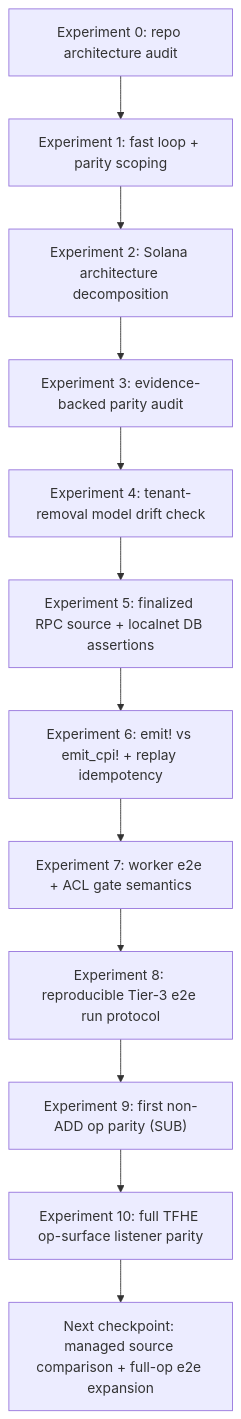
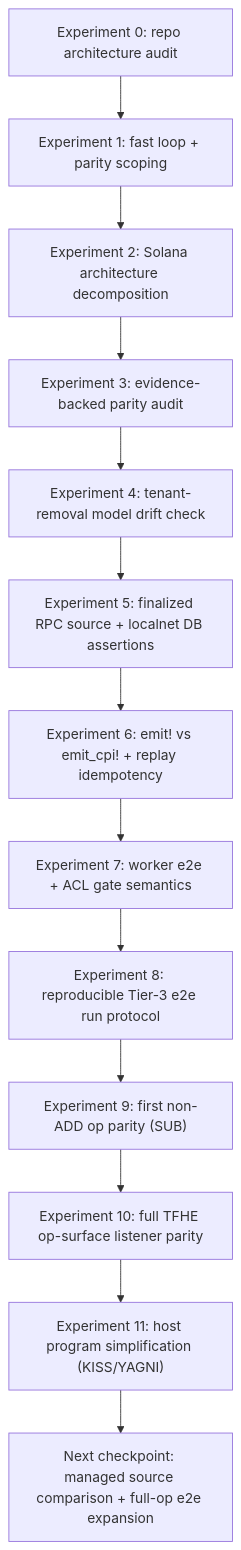
One commit to zama-ai/fhevm changed the diagram in docs/protocol/explorations/solana-host-listener/LEARNING.md. Above: the diagram before and after it, drawn with Mermaid. The commit also changed other lines of this file and 5 other files, not shown here.

Commit message:
docs(solana): refresh plan, architecture, and issue-aligned status

````diff
--- a/docs/protocol/explorations/solana-host-listener/LEARNING.md
+++ b/docs/protocol/explorations/solana-host-listener/LEARNING.md
@@ -16,14 +16,15 @@
 ```mermaid
 flowchart TD
   E0["Experiment 0: repo architecture audit"] --> E1["Experiment 1: fast loop + parity scoping"]
   E1 --> E2["Experiment 2: Solana architecture decomposition"]
   E2 --> E3["Experiment 3: evidence-backed parity audit"]
   E3 --> E4["Experiment 4: tenant-removal model drift check"]
   E4 --> E5["Experiment 5: finalized RPC source + localnet DB assertions"]
   E5 --> E6["Experiment 6: emit! vs emit_cpi! + replay idempotency"]
   E6 --> E7["Experiment 7: worker e2e + ACL gate semantics"]
   E7 --> E8["Experiment 8: reproducible Tier-3 e2e run protocol"]
   E8 --> E9["Experiment 9: first non-ADD op parity (SUB)"]
   E9 --> E10["Experiment 10: full TFHE op-surface listener parity"]
-  E10 --> NX["Next checkpoint: managed source comparison + full-op e2e expansion"]
+  E10 --> E11["Experiment 11: host program simplification (KISS/YAGNI)"]
+  E11 --> NX["Next checkpoint: managed source comparison + full-op e2e expansion"]
 ```
````
